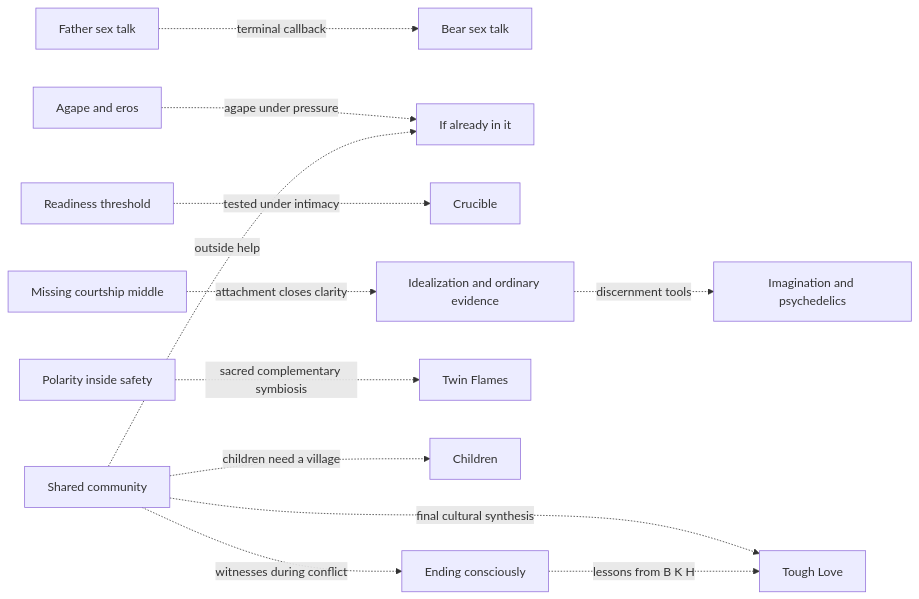
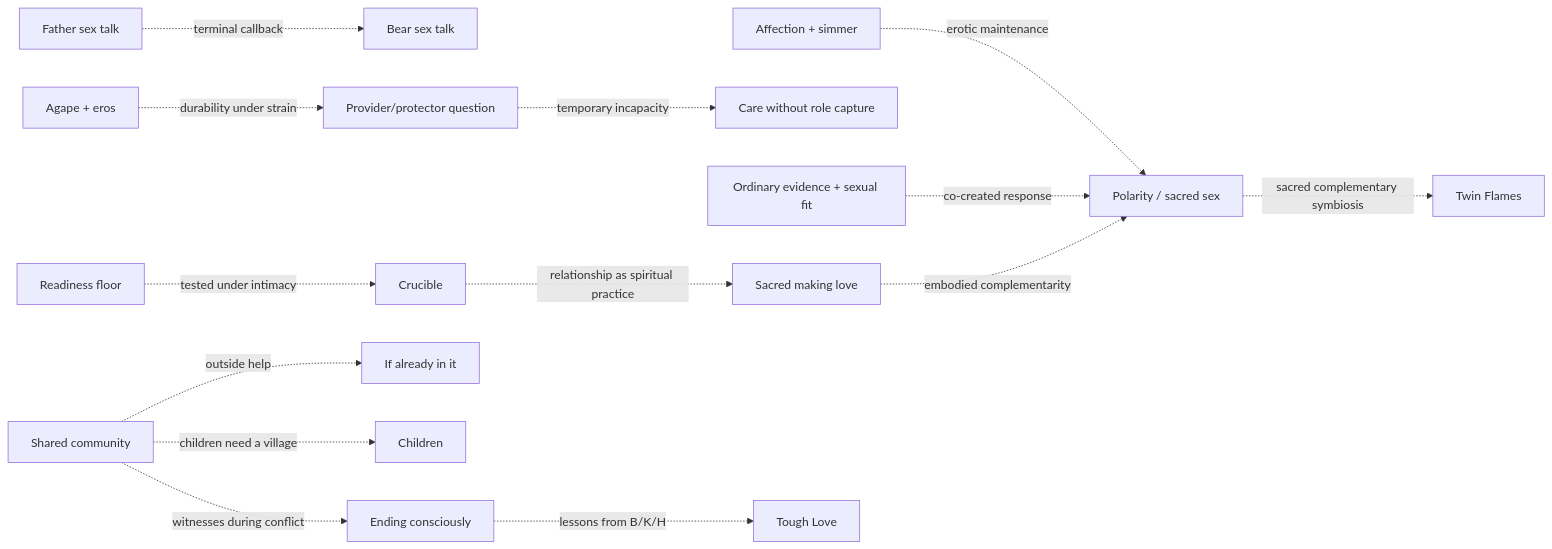
Before and after one commit to u-dont-existDOTcom/pangram-humanization-lab: the second of 14 diagrams in work/romance-current-assembly/ARCHITECTURE.md, drawn with Mermaid. The commit also changed other lines of this file, not shown here.

Commit message:
state: sync Romance architecture to Toft Anami pass

````diff
--- a/work/romance-current-assembly/ARCHITECTURE.md
+++ b/work/romance-current-assembly/ARCHITECTURE.md
@@ -42,14 +43,16 @@
 ```mermaid
 flowchart LR
     opening["Father sex talk"] -. "terminal callback" .-> bear["Bear sex talk"]
-    love["Agape and eros"] -. "agape under pressure" .-> already["If already in it"]
-    should["Readiness threshold"] -. "tested under intimacy" .-> crucible["Crucible"]
-    find["Missing courtship middle"] -. "attachment closes clarity" .-> starting["Window of clarity"]
-    starting["Idealization and ordinary evidence"] -. "discernment tools" .-> conscious["Imagination and psychedelics"]
-    primal["Polarity inside safety"] -. "sacred complementary symbiosis" .-> twin["Twin Flames"]
+    love["Agape + eros"] -. "durability under strain" .-> provider["Provider/protector question"]
+    talk["Affection + simmer"] -. "erotic maintenance" .-> primal["Polarity / sacred sex"]
+    should["Readiness floor"] -. "tested under intimacy" .-> crucible["Crucible"]
+    provider -. "temporary incapacity" .-> maturity["Care without role capture"]
+    starting["Ordinary evidence + sexual fit"] -. "co-created response" .-> primal
+    crucible -. "relationship as spiritual practice" .-> sacred["Sacred making love"]
+    sacred -. "embodied complementarity" .-> primal
+    primal -. "sacred complementary symbiosis" .-> twin["Twin Flames"]
     pillars["Shared community"] -. "outside help" .-> already["If already in it"]
     pillars -. "children need a village" .-> children["Children"]
     pillars -. "witnesses during conflict" .-> ending["Ending consciously"]
-    pillars -. "final cultural synthesis" .-> tough["Tough Love"]
-    ending -. "lessons from B K H" .-> tough
+    ending -. "lessons from B/K/H" .-> tough["Tough Love"]
 ```
````
